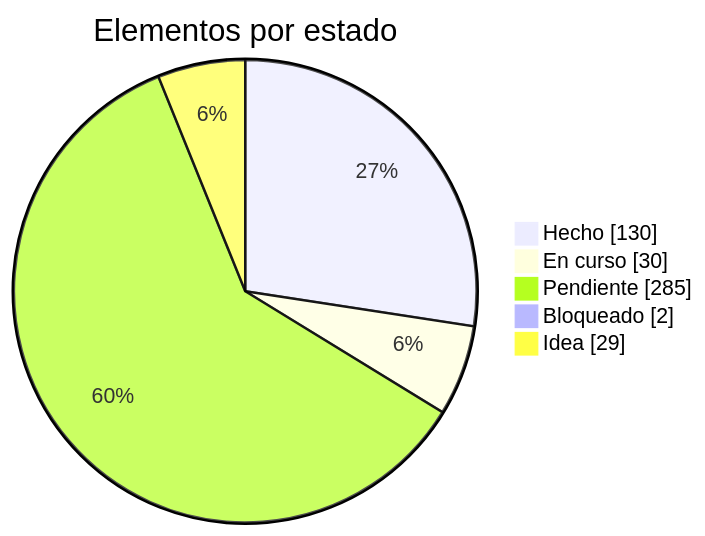
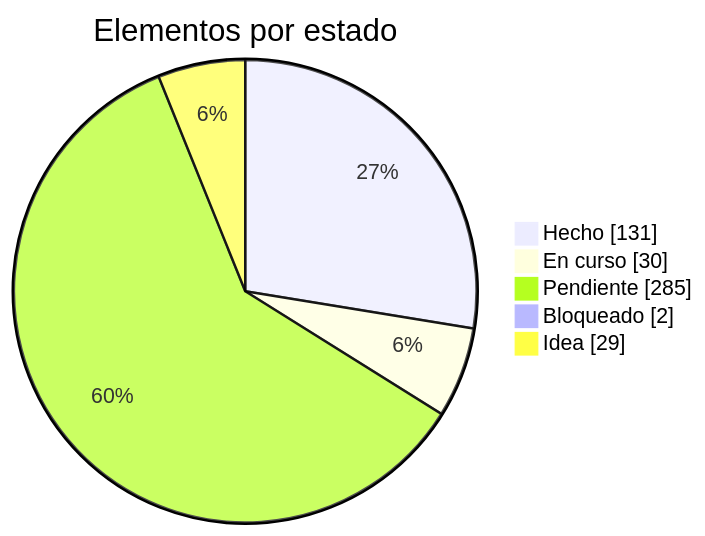
One commit to dariogea/BM27 changed the first of 2 diagrams in docs/roadmap.md. Above: the diagram before and after it, drawn with Mermaid. The commit also changed other lines of this file and 13 other files, not shown here.

````diff
--- a/docs/roadmap.md
+++ b/docs/roadmap.md
@@ -13,8 +13,8 @@
 ```mermaid
 pie showData title Elementos por estado
-  "Hecho" : 130
+  "Hecho" : 131
   "En curso" : 30
   "Pendiente" : 285
   "Bloqueado" : 2
   "Idea" : 29
 ```
````
